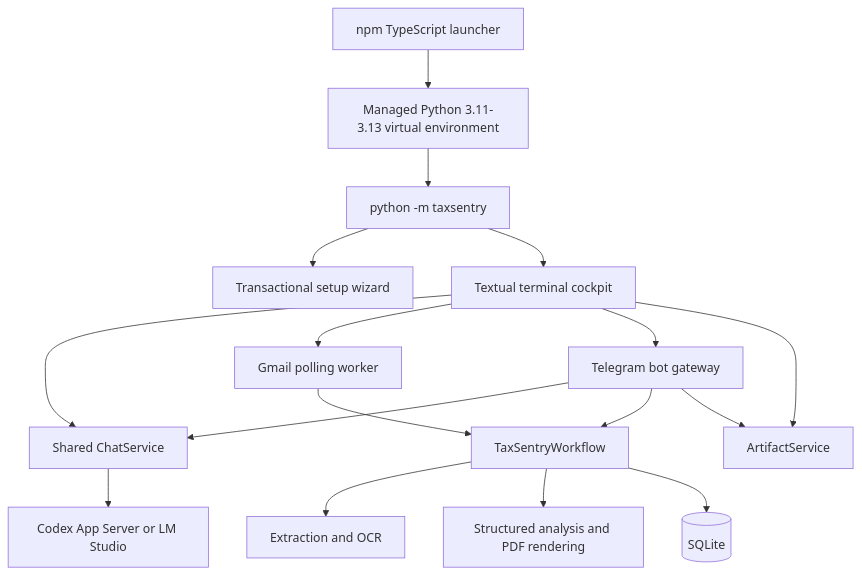
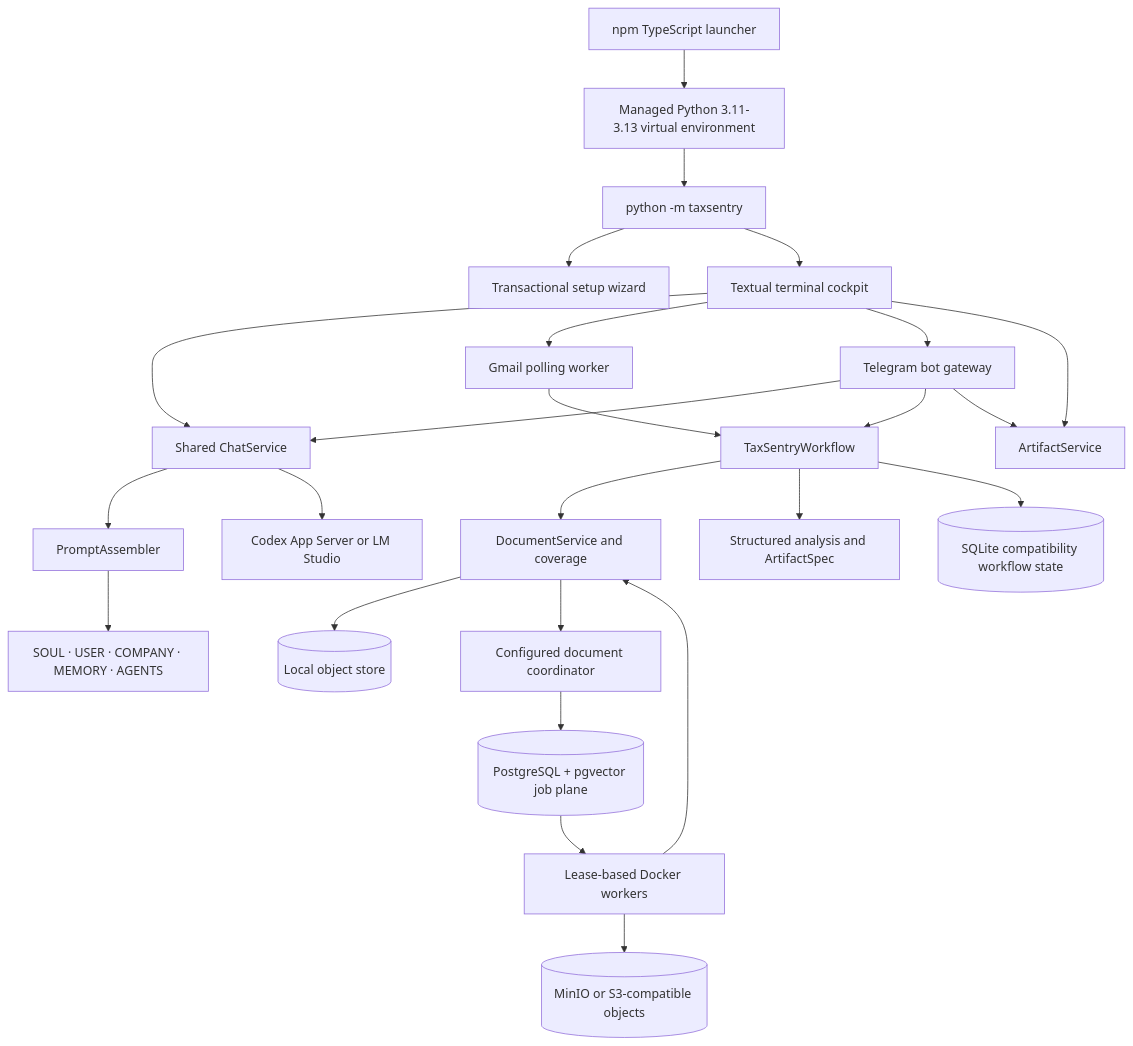
The fourth of 4 diagrams in README.md (thienan230427/TaxSentry), drawn with Mermaid before and after one commit. The commit also changed other lines of this file and 6 other files, not shown here.

````diff
--- a/README.md
+++ b/README.md
@@ -387,19 +425,27 @@
 ```mermaid
 flowchart TB
     CLI["npm TypeScript launcher"] --> Runtime["Managed Python 3.11-3.13 virtual environment"]
     Runtime --> Entry["python -m taxsentry"]
     Entry --> Setup["Transactional setup wizard"]
     Entry --> Cockpit["Textual terminal cockpit"]
     Cockpit --> Chat["Shared ChatService"]
     Cockpit --> Worker["Gmail polling worker"]
     Cockpit --> Telegram["Telegram bot gateway"]
+    Chat --> Prompt["PromptAssembler"]
+    Prompt --> Identity["SOUL · USER · COMPANY · MEMORY · AGENTS"]
     Chat --> Provider["Codex App Server or LM Studio"]
     Worker --> Workflow["TaxSentryWorkflow"]
-    Workflow --> Extraction["Extraction and OCR"]
-    Workflow --> Reporting["Structured analysis and PDF rendering"]
-    Workflow --> Database[("SQLite")]
+    Workflow --> Documents["DocumentService and coverage"]
+    Workflow --> Reporting["Structured analysis and ArtifactSpec"]
+    Workflow --> Database[("SQLite compatibility workflow state")]
+    Documents --> LocalObjects[("Local object store")]
+    Documents --> Coordinator["Configured document coordinator"]
+    Coordinator --> Queue[("PostgreSQL + pgvector job plane")]
+    Queue --> LeaseWorker["Lease-based Docker workers"]
+    LeaseWorker --> Documents
+    LeaseWorker --> Objects[("MinIO or S3-compatible objects")]
     Cockpit --> Artifacts["ArtifactService"]
     Telegram --> Chat
     Telegram --> Workflow
     Telegram --> Artifacts
 ```
````
